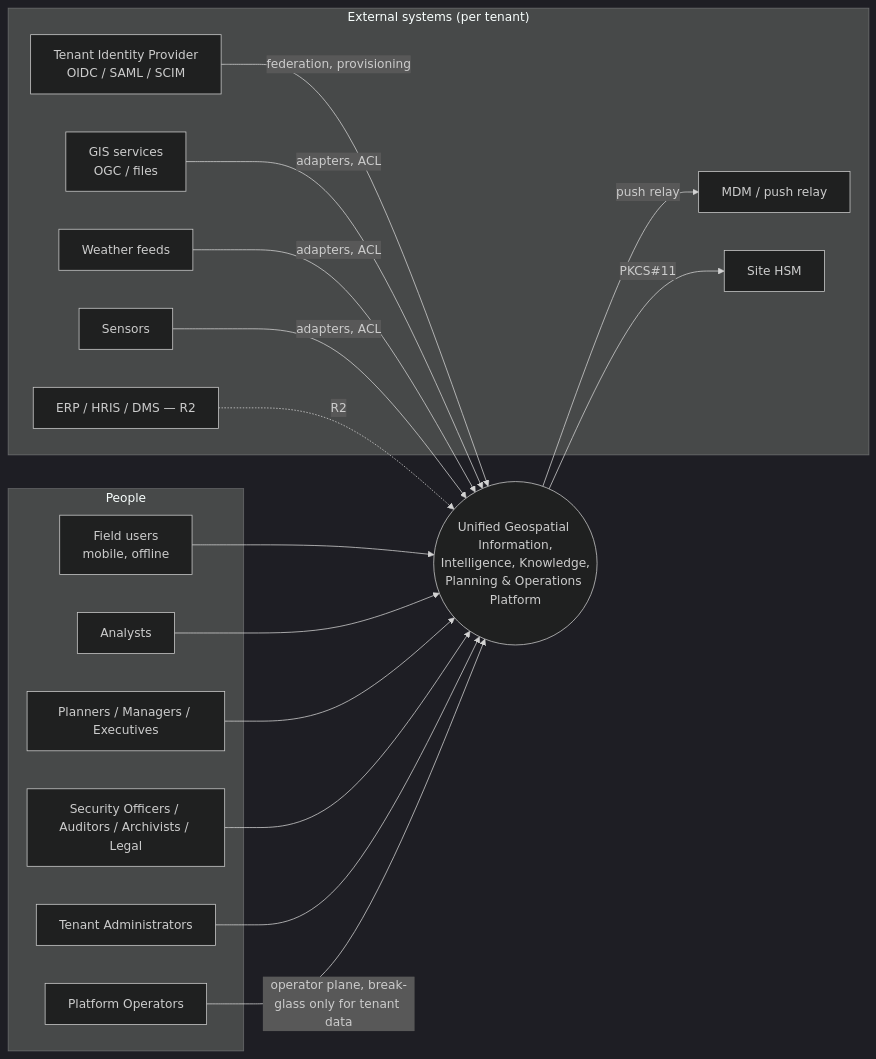
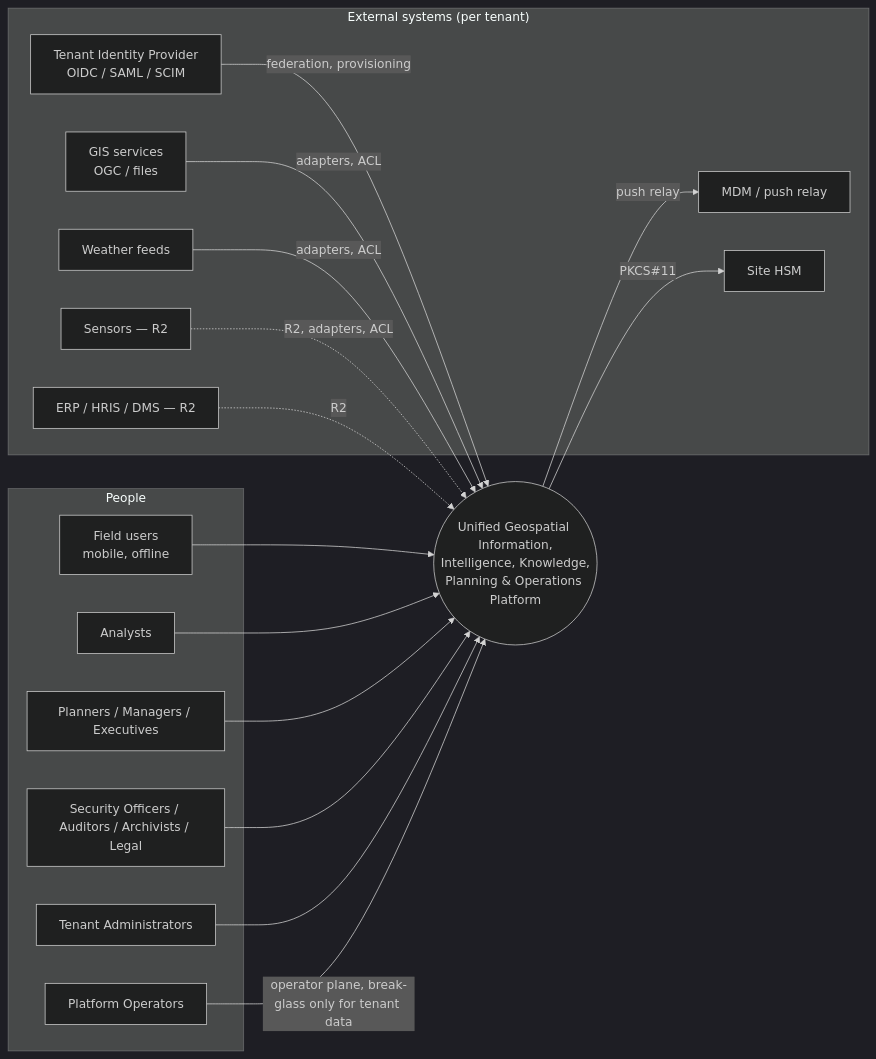
Before and after one commit to Ayoubkhattab/Planing: the diagram in spec/12-solution/c4-context.md, drawn with Mermaid (dark theme). The commit also changed 111 other files, not shown here.

````diff
--- a/spec/12-solution/c4-context.md
+++ b/spec/12-solution/c4-context.md
@@ -14,28 +14,29 @@
 ```mermaid
 flowchart LR
   subgraph People
     FU[Field users<br/>mobile, offline]
     AN[Analysts]
     PL[Planners / Managers / Executives]
     SO[Security Officers / Auditors / Archivists / Legal]
     AD[Tenant Administrators]
     OP[Platform Operators]
   end
   P((Unified Geospatial Information,<br/>Intelligence, Knowledge,<br/>Planning & Operations Platform))
   subgraph External["External systems (per tenant)"]
     IDP[Tenant Identity Provider<br/>OIDC / SAML / SCIM]
     GIS[GIS services<br/>OGC / files]
     WX[Weather feeds]
-    SEN[Sensors]
+    SEN[Sensors — R2]
     ERP[ERP / HRIS / DMS — R2]
     MDM[MDM / push relay]
     HSM[Site HSM]
   end
   FU & AN & PL & SO & AD --> P
   OP -->|operator plane, break-glass only for tenant data| P
   IDP -->|federation, provisioning| P
-  GIS & WX & SEN -->|adapters, ACL| P
+  GIS & WX -->|adapters, ACL| P
+  SEN -.->|R2, adapters, ACL| P
   ERP -.->|R2| P
   P -->|push relay| MDM
   P -->|PKCS#11| HSM
 ```
````
